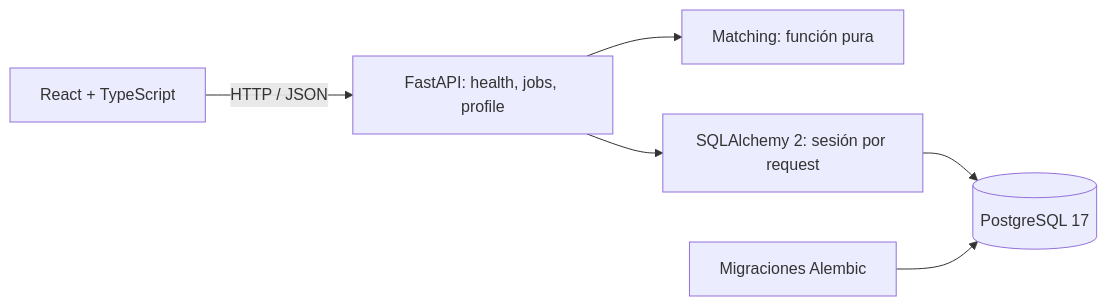
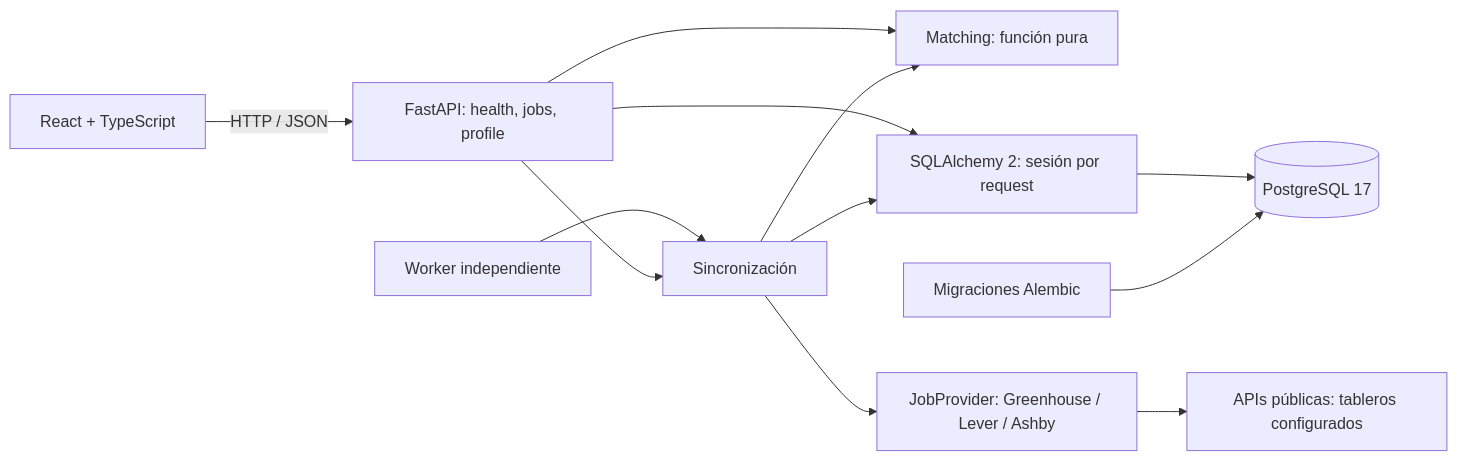
One commit to fedechiesa/jobhunter-ai changed the diagram in docs/ARCHITECTURE.md. Above: the diagram before and after it, drawn with Mermaid. The commit also changed other lines of this file and 44 other files, not shown here.

Commit message:
feat: add real job discovery and synchronization

````diff
--- a/docs/ARCHITECTURE.md
+++ b/docs/ARCHITECTURE.md
@@ -5,8 +5,14 @@
 ```mermaid
 flowchart LR
     UI[React + TypeScript] -->|HTTP / JSON| API[FastAPI: health, jobs, profile]
     API --> Matching[Matching: función pura]
     API --> ORM[SQLAlchemy 2: sesión por request]
     ORM --> DB[(PostgreSQL 17)]
     Alembic[Migraciones Alembic] --> DB
+    Worker[Worker independiente] --> Discovery[Sincronización]
+    API --> Discovery
+    Discovery --> Providers[JobProvider: Greenhouse / Lever / Ashby]
+    Providers --> Public[APIs públicas: tableros configurados]
+    Discovery --> ORM
+    Discovery --> Matching
 ```
````
